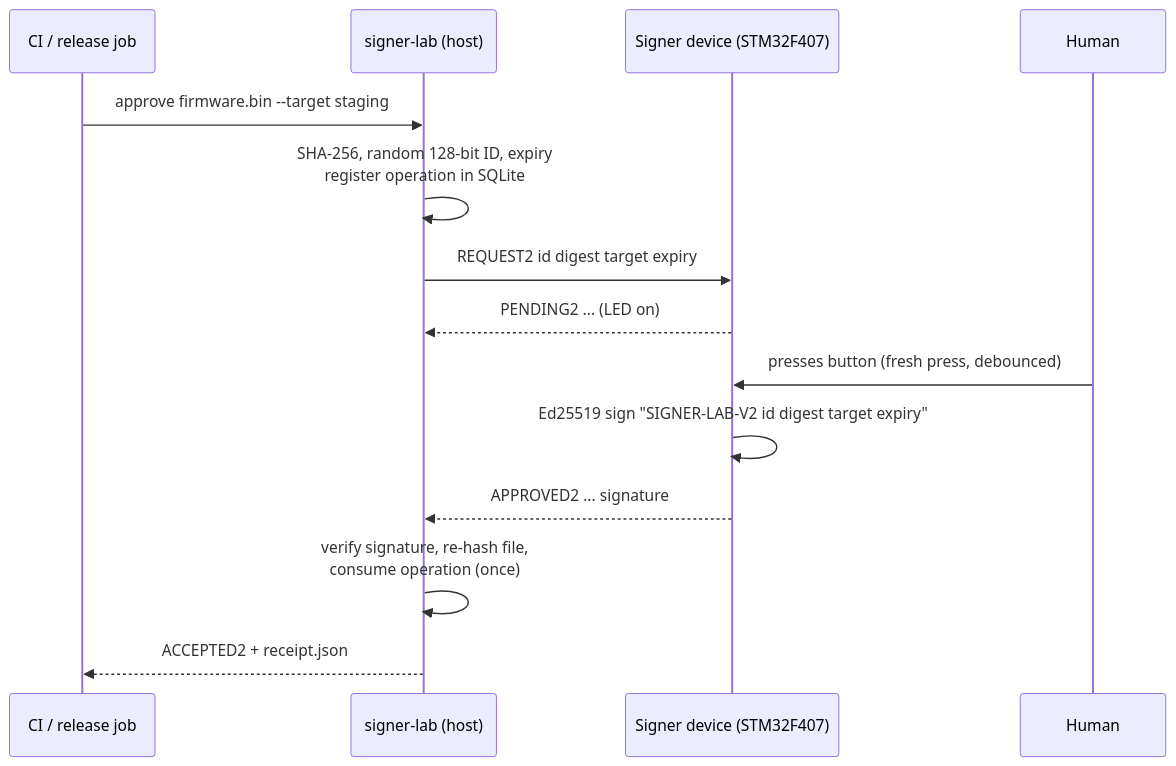
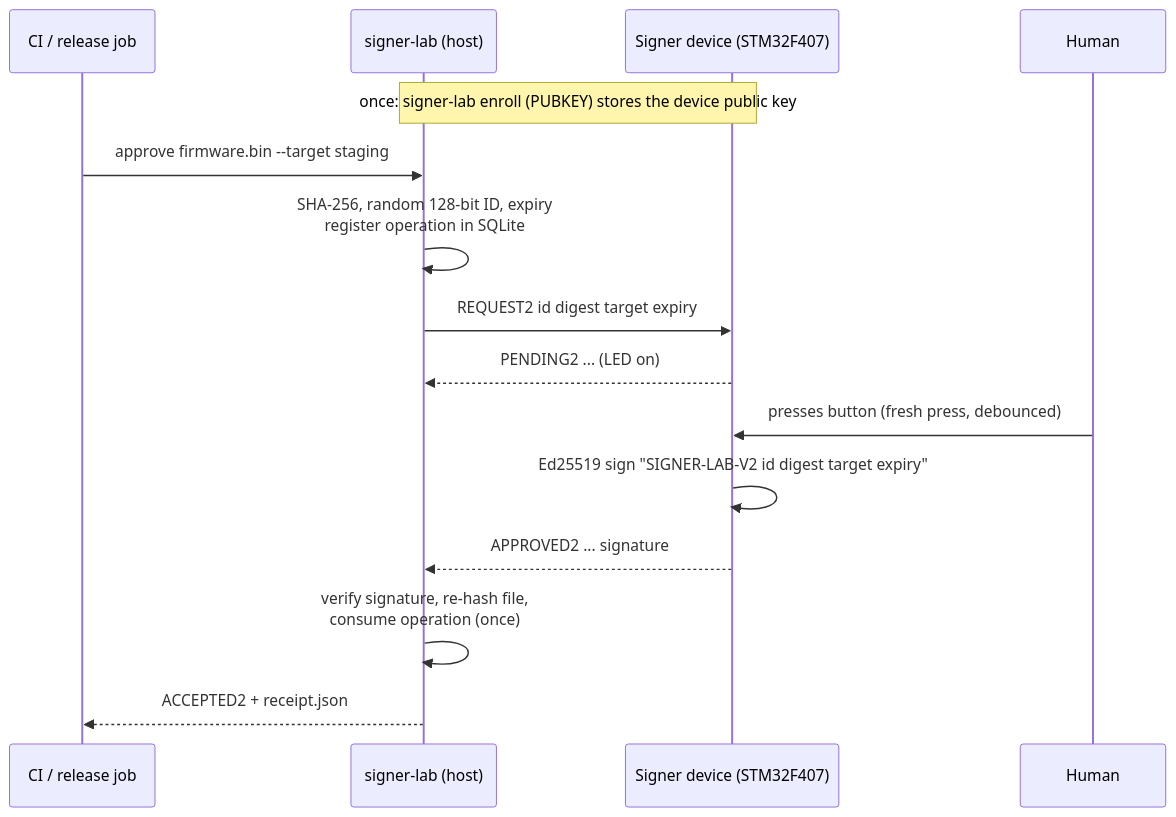
The diagram in README.md (denizkapici/firmware-signer-lab), drawn with Mermaid before and after one commit. The commit also changed other lines of this file and 4 other files, not shown here.

First line of the commit message:
Document key management, update threat model and roadmap

````diff
--- a/README.md
+++ b/README.md
@@ -17,17 +18,18 @@
 ```mermaid
 sequenceDiagram
     participant CI as CI / release job
     participant Host as signer-lab (host)
     participant Dev as Signer device (STM32F407)
     participant User as Human
 
+    Note over Host,Dev: once: signer-lab enroll (PUBKEY) stores the device public key
     CI->>Host: approve firmware.bin --target staging
     Host->>Host: SHA-256, random 128-bit ID, expiry<br/>register operation in SQLite
     Host->>Dev: REQUEST2 id digest target expiry
     Dev-->>Host: PENDING2 ... (LED on)
     User->>Dev: presses button (fresh press, debounced)
     Dev->>Dev: Ed25519 sign "SIGNER-LAB-V2 id digest target expiry"
     Dev-->>Host: APPROVED2 ... signature
     Host->>Host: verify signature, re-hash file,<br/>consume operation (once)
     Host-->>CI: ACCEPTED2 + receipt.json
 ```
````
